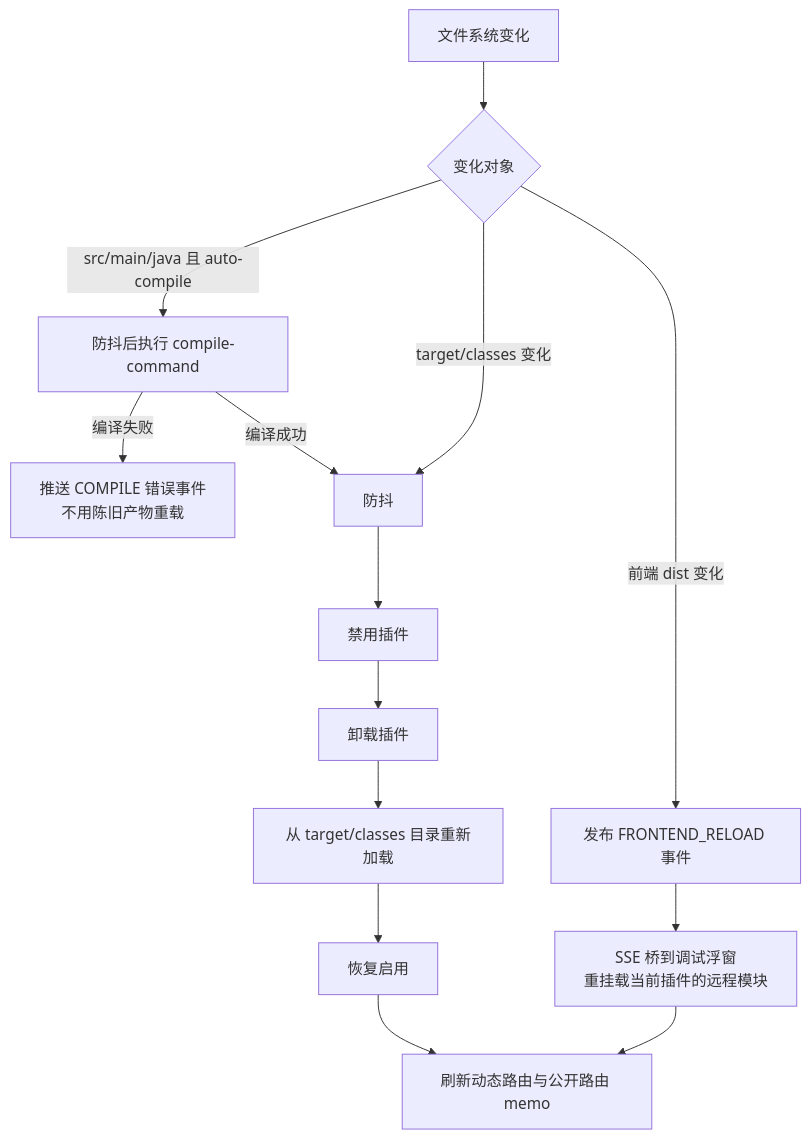
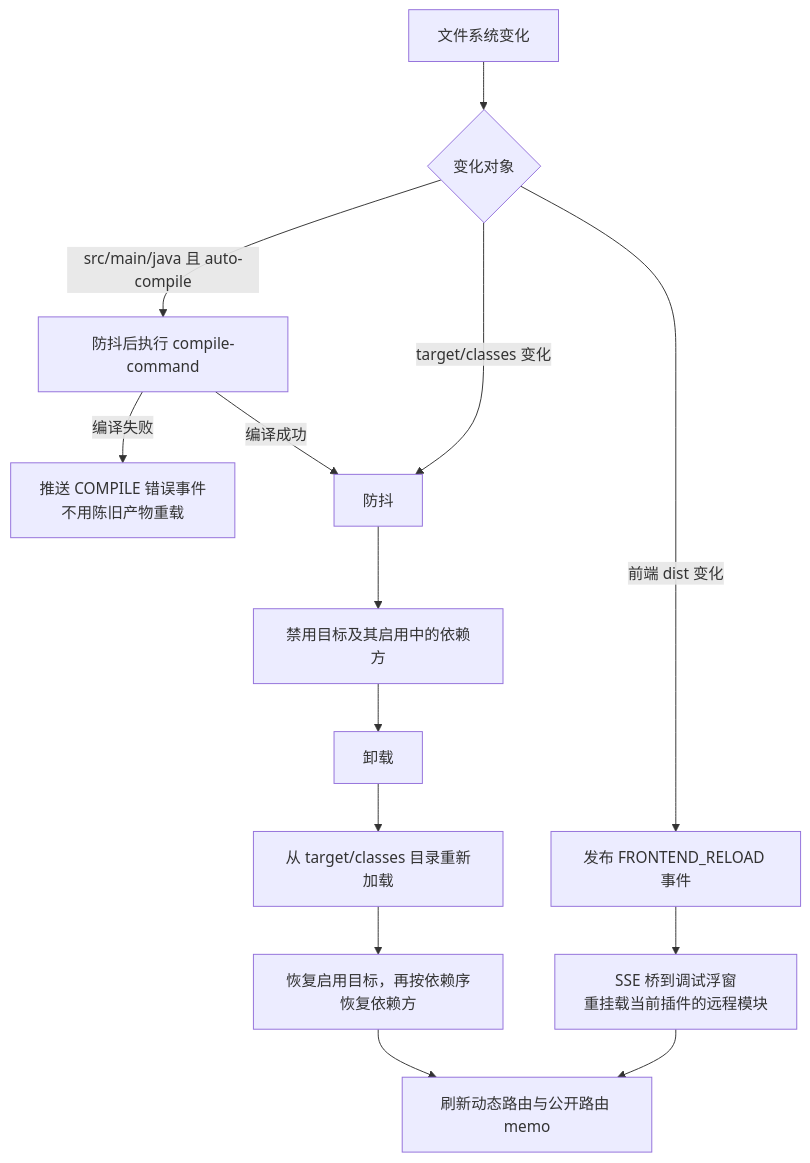
Before and after one commit to mcyudream/YuDream-Admin: the diagram in yd-docs/docs/plugin/dev-tools.md, drawn with Mermaid. The commit also changed other lines of this file and 22 other files, not shown here.

````diff
--- a/yd-docs/docs/plugin/dev-tools.md
+++ b/yd-docs/docs/plugin/dev-tools.md
@@ -68,16 +68,16 @@
 ```mermaid
 flowchart TD
     A[文件系统变化] --> B{变化对象}
     B -->|src/main/java 且 auto-compile| C[防抖后执行 compile-command]
     C -->|编译失败| C1[推送 COMPILE 错误事件<br/>不用陈旧产物重载]
     C -->|编译成功| D
     B -->|target/classes 变化| D[防抖]
-    D --> E[禁用插件]
-    E --> F[卸载插件]
+    D --> E[禁用目标及其启用中的依赖方]
+    E --> F[卸载]
     F --> G[从 target/classes 目录重新加载]
-    G --> H[恢复启用]
+    G --> H[恢复启用目标，再按依赖序恢复依赖方]
     B -->|前端 dist 变化| I[发布 FRONTEND_RELOAD 事件]
     I --> J[SSE 桥到调试浮窗<br/>重挂载当前插件的远程模块]
     H --> K[刷新动态路由与公开路由 memo]
     J --> K
 ```
````
